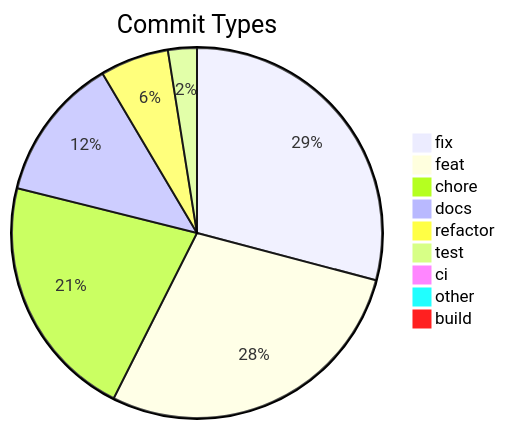
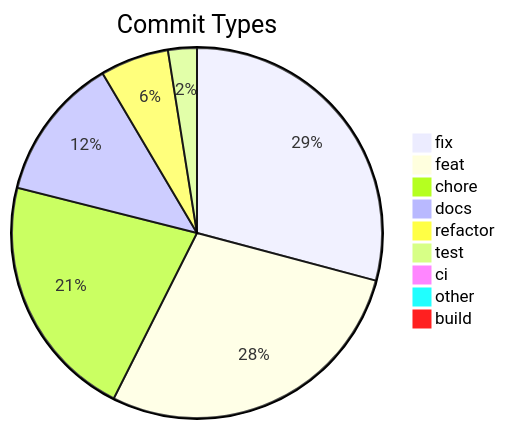
Before and after one commit to svenroth-ai/shipwright: the diagram in .shipwright/compliance/change-history.md, drawn with Mermaid. The commit also changed other lines of this file and 9 other files, not shown here.

````diff
--- a/.shipwright/compliance/change-history.md
+++ b/.shipwright/compliance/change-history.md
@@ -8,12 +8,12 @@
 ```mermaid
 pie title Commit Types
-    "fix" : 335
+    "fix" : 336
     "feat" : 326
-    "chore" : 247
+    "chore" : 248
     "docs" : 145
     "refactor" : 69
     "test" : 29
     "ci" : 11
     "other" : 9
     "build" : 1
 ```
````
